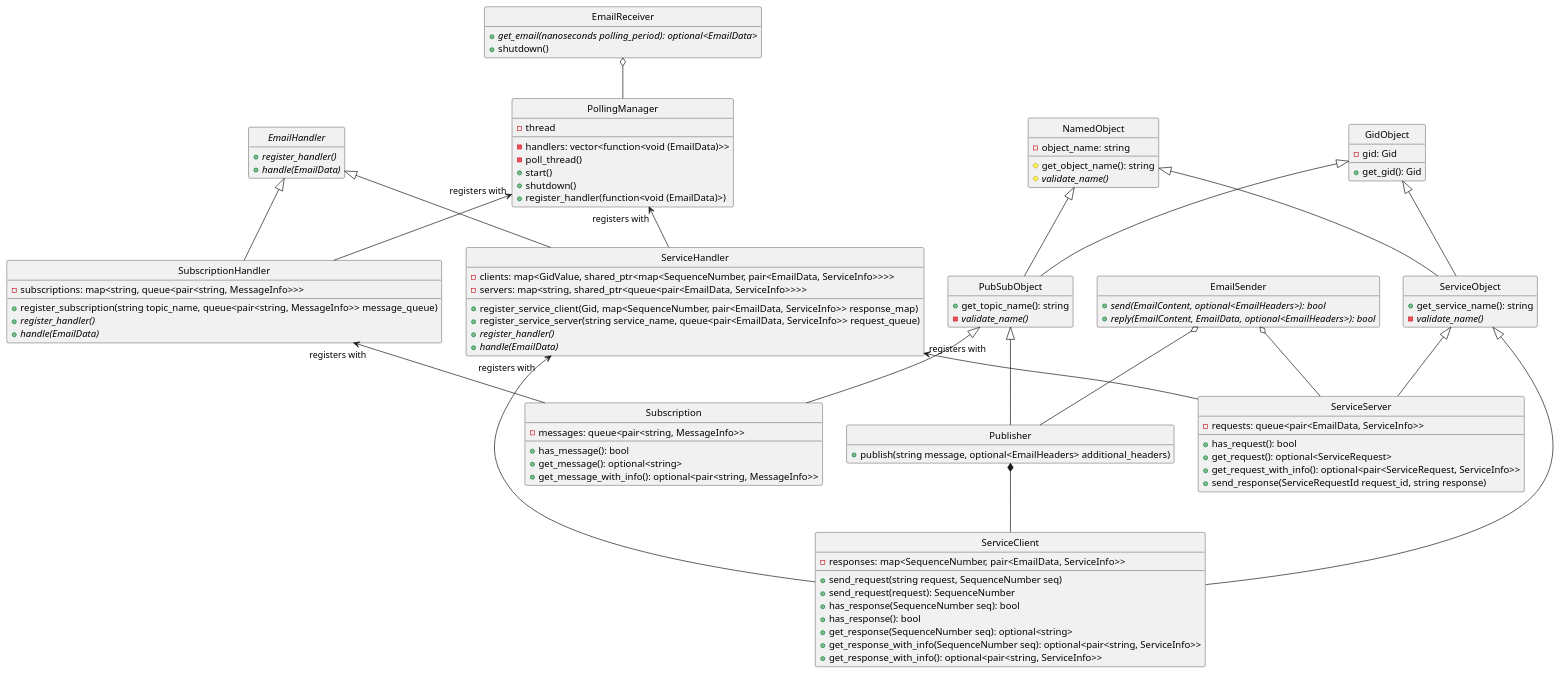
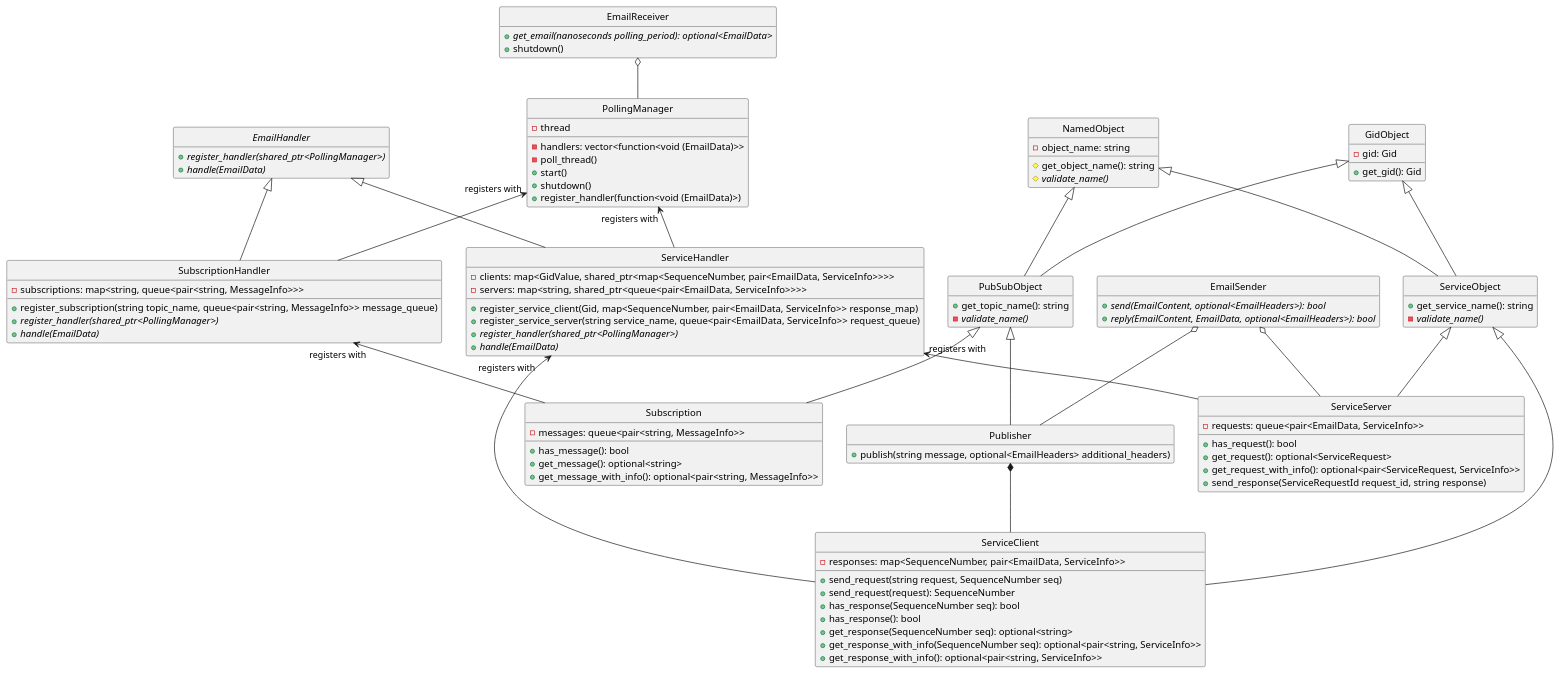
Before and after one commit to christophebedard/rmw_email: the second of 6 diagrams in email/doc/design.md, drawn with PlantUML.

Commit message:
Update design doc (#293)

```diff
--- a/email/doc/design.md
+++ b/email/doc/design.md
@@ -210,7 +210,7 @@
 EmailReceiver o-- PollingManager
 
 abstract class EmailHandler {
-   +register_handler() {abstract}
+   +register_handler(shared_ptr<PollingManager>) {abstract}
    +handle(EmailData) {abstract}
 }
 
@@ -218,7 +218,7 @@
 class SubscriptionHandler {
    -subscriptions: map<string, queue<pair<string, MessageInfo>>>
    +register_subscription(string topic_name, queue<pair<string, MessageInfo>> message_queue)
-   +register_handler() {abstract}
+   +register_handler(shared_ptr<PollingManager>) {abstract}
    +handle(EmailData) {abstract}
 }
 EmailHandler <|-- SubscriptionHandler
@@ -229,7 +229,7 @@
    -servers: map<string, shared_ptr<queue<pair<EmailData, ServiceInfo>>>>
    +register_service_client(Gid, map<SequenceNumber, pair<EmailData, ServiceInfo>> response_map)
    +register_service_server(string service_name, queue<pair<EmailData, ServiceInfo>> request_queue)
-   +register_handler() {abstract}
+   +register_handler(shared_ptr<PollingManager>) {abstract}
    +handle(EmailData) {abstract}
 }
 EmailHandler <|-- ServiceHandler
```
